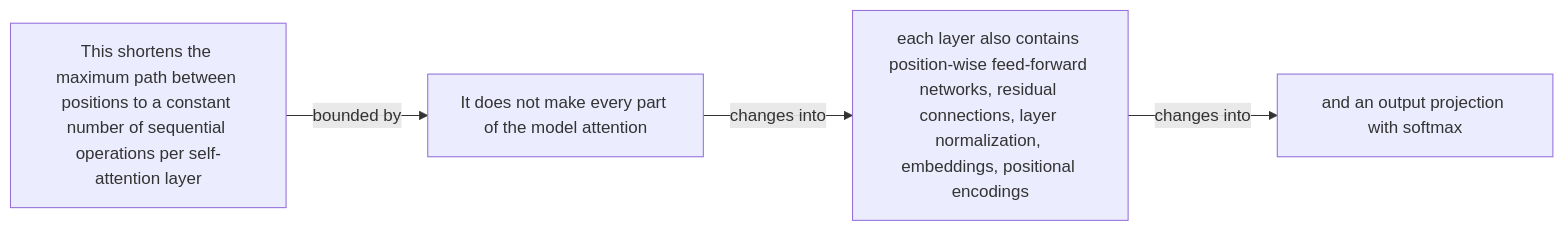
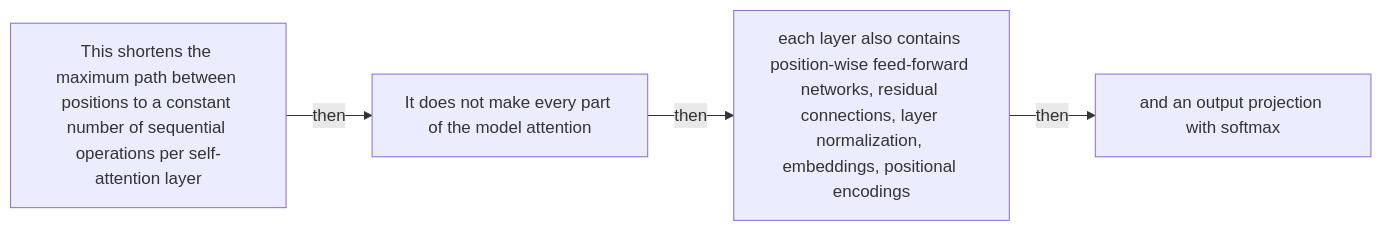
One commit to Betancourt1/paper_atlas changed the tenth of 54 diagrams in docs/visual-manifests/VISUAL_MANIFEST_ATTENTION_IS_ALL_YOU_NEED.md. Above: the diagram before and after it, drawn with Mermaid. The commit also changed other lines of this file and 7 other files, not shown here.

````diff
--- a/docs/visual-manifests/VISUAL_MANIFEST_ATTENTION_IS_ALL_YOU_NEED.md
+++ b/docs/visual-manifests/VISUAL_MANIFEST_ATTENTION_IS_ALL_YOU_NEED.md
@@ -772,10 +760,10 @@
 ```mermaid
 flowchart LR
   n1["This shortens the maximum path between positions to a constant number of sequential operations per self-attention layer"]
   n2["It does not make every part of the model attention"]
   n3["each layer also contains position-wise feed-forward networks, residual connections, layer normalization, embeddings, positional encodings"]
   n4["and an output projection with softmax"]
-  n1 -->|"bounded by"| n2
-  n2 -->|"changes into"| n3
-  n3 -->|"changes into"| n4
+  n1 -->|"then"| n2
+  n2 -->|"then"| n3
+  n3 -->|"then"| n4
 ```
````
